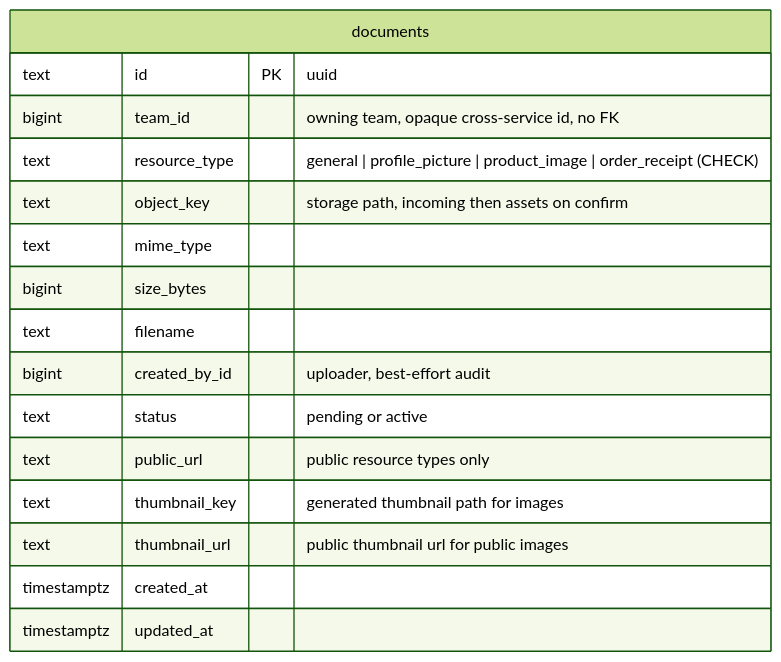
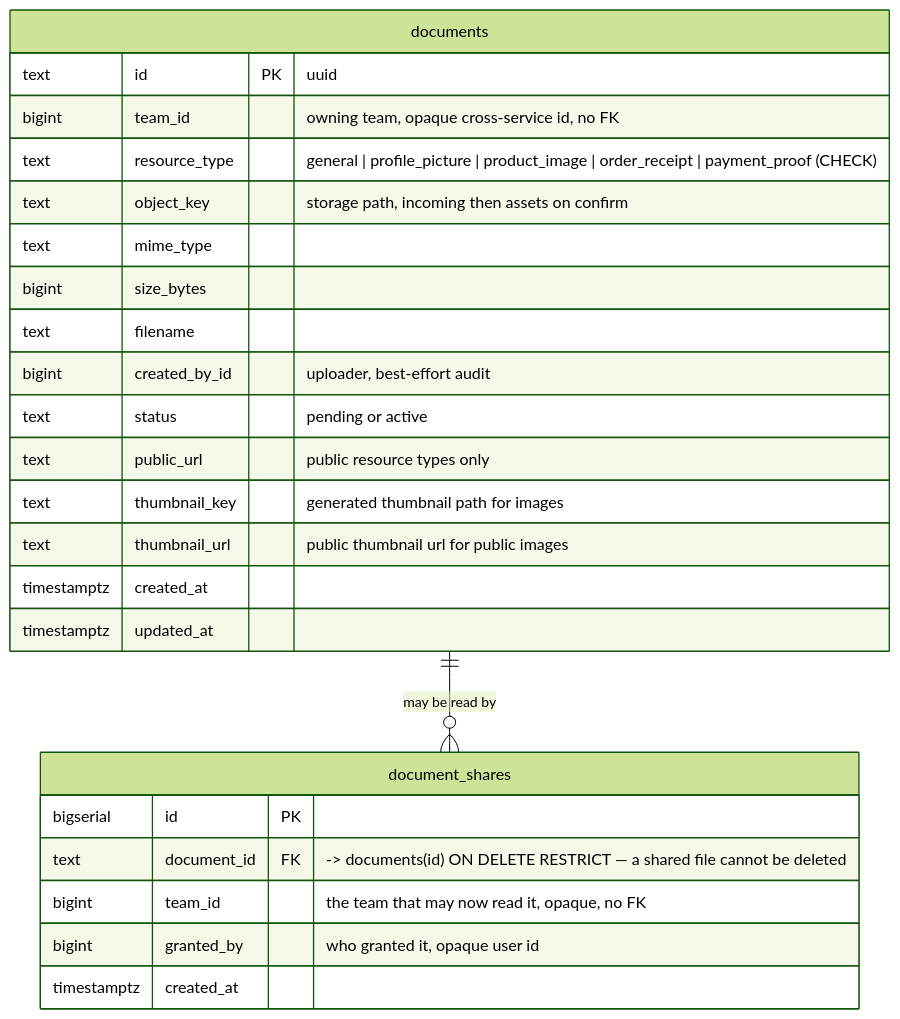
One commit to pdcgo/warehouse_revamp changed the seventh of 13 diagrams in docs/database-schema.md. Above: the diagram before and after it, drawn with Mermaid (forest theme). The commit also changed other lines of this file and 26 other files, not shown here.

````diff
--- a/docs/database-schema.md
+++ b/docs/database-schema.md
@@ -514,19 +514,29 @@
 ```mermaid
 erDiagram
+    documents ||--o{ document_shares : "may be read by"
+
     documents {
         text        id            PK "uuid"
         bigint      team_id       "owning team, opaque cross-service id, no FK"
-        text        resource_type "general | profile_picture | product_image | order_receipt (CHECK)"
+        text        resource_type "general | profile_picture | product_image | order_receipt | payment_proof (CHECK)"
         text        object_key    "storage path, incoming then assets on confirm"
         text        mime_type
         bigint      size_bytes
         text        filename
         bigint      created_by_id "uploader, best-effort audit"
         text        status        "pending or active"
         text        public_url    "public resource types only"
         text        thumbnail_key "generated thumbnail path for images"
         text        thumbnail_url "public thumbnail url for public images"
         timestamptz created_at
         timestamptz updated_at
     }
+
+    document_shares {
+        bigserial   id          PK
+        text        document_id FK "-> documents(id) ON DELETE RESTRICT — a shared file cannot be deleted"
+        bigint      team_id     "the team that may now read it, opaque, no FK"
+        bigint      granted_by  "who granted it, opaque user id"
+        timestamptz created_at
+    }
 ```
````
